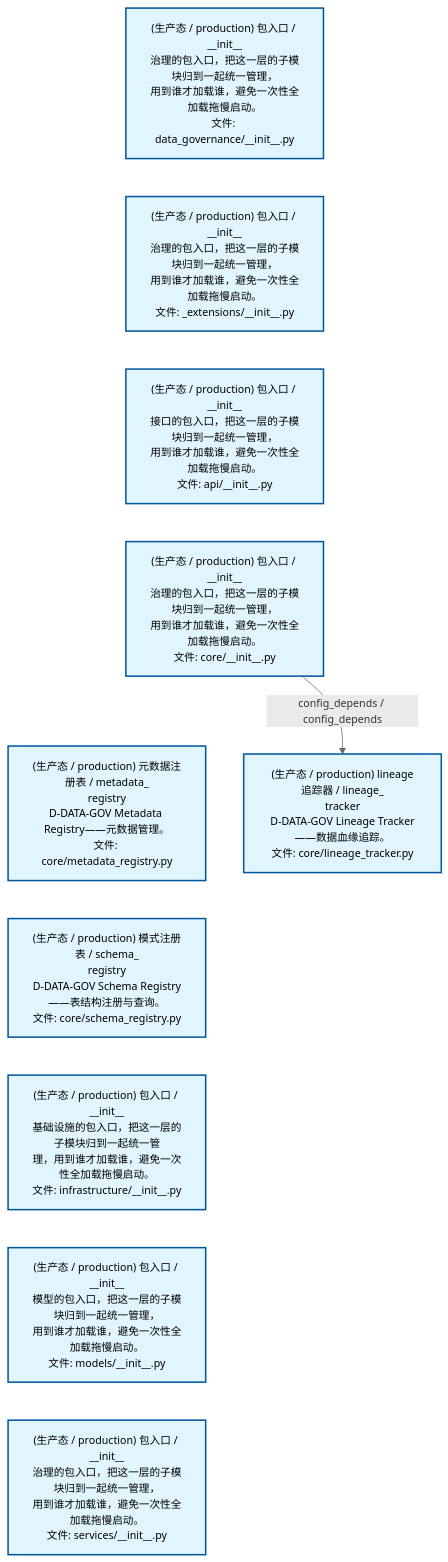
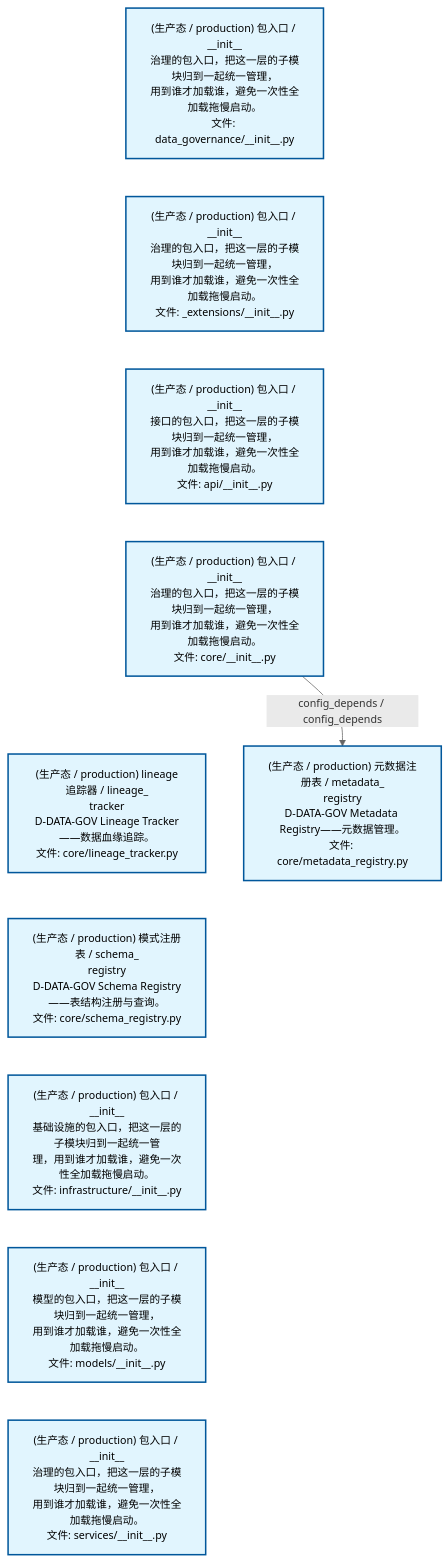
The second of 2 diagrams in docs/02_enterprise_architecture/02_domain_architecture_docs/13_d_data_gov.md (xuanFelixVan/ZephyrAlpha), drawn with Mermaid before and after one commit. The commit also changed other lines of this file and 43 other files, not shown here.

````diff
--- a/docs/02_enterprise_architecture/02_domain_architecture_docs/13_d_data_gov.md
+++ b/docs/02_enterprise_architecture/02_domain_architecture_docs/13_d_data_gov.md
@@ -86,28 +86,28 @@
 ```mermaid
 %%{init: {'theme': 'base', 'themeVariables': {'primaryColor': '#eaeaea', 'primaryTextColor': '#333333', 'primaryBorderColor': '#666666', 'lineColor': '#666666', 'secondaryColor': '#eaeaea', 'tertiaryColor': '#eaeaea', 'fontSize': '14px'}}}%%
 flowchart TD
     src_zephyr_data_governance_init_py["(生产态 / production) 包入口 / __init__<br/>治理的包入口，把这一层的子模块归到一起统一管理，<br/>用到谁才加载谁，避免一次性全加载拖慢启动。<br/>文件: data_governance/__init__.py"]
     src_zephyr_data_governance_extensions_init_py["(生产态 / production) 包入口 / __init__<br/>治理的包入口，把这一层的子模块归到一起统一管理，<br/>用到谁才加载谁，避免一次性全加载拖慢启动。<br/>文件: _extensions/__init__.py"]
     src_zephyr_data_governance_api_init_py["(生产态 / production) 包入口 / __init__<br/>接口的包入口，把这一层的子模块归到一起统一管理，<br/>用到谁才加载谁，避免一次性全加载拖慢启动。<br/>文件: api/__init__.py"]
     src_zephyr_data_governance_core_init_py["(生产态 / production) 包入口 / __init__<br/>治理的包入口，把这一层的子模块归到一起统一管理，<br/>用到谁才加载谁，避免一次性全加载拖慢启动。<br/>文件: core/__init__.py"]
-    src_zephyr_data_governance_core_metadata_registry_py["(生产态 / production) 元数据注册表 / metadata_<br/>registry<br/>D-DATA-GOV Metadata Registry——元数据管理。<br/>文件: core/metadata_registry.py"]
+    src_zephyr_data_governance_core_lineage_tracker_py["(生产态 / production) lineage追踪器 / lineage_<br/>tracker<br/>D-DATA-GOV Lineage Tracker——数据血缘追踪。<br/>文件: core/lineage_tracker.py"]
     src_zephyr_data_governance_core_schema_registry_py["(生产态 / production) 模式注册表 / schema_<br/>registry<br/>D-DATA-GOV Schema Registry——表结构注册与查询。<br/>文件: core/schema_registry.py"]
     src_zephyr_data_governance_infrastructure_init_py["(生产态 / production) 包入口 / __init__<br/>基础设施的包入口，把这一层的子模块归到一起统一管<br/>理，用到谁才加载谁，避免一次性全加载拖慢启动。<br/>文件: infrastructure/__init__.py"]
     src_zephyr_data_governance_models_init_py["(生产态 / production) 包入口 / __init__<br/>模型的包入口，把这一层的子模块归到一起统一管理，<br/>用到谁才加载谁，避免一次性全加载拖慢启动。<br/>文件: models/__init__.py"]
     src_zephyr_data_governance_services_init_py["(生产态 / production) 包入口 / __init__<br/>治理的包入口，把这一层的子模块归到一起统一管理，<br/>用到谁才加载谁，避免一次性全加载拖慢启动。<br/>文件: services/__init__.py"]
     src_zephyr_data_governance_init_py ~~~ src_zephyr_data_governance_extensions_init_py
     src_zephyr_data_governance_extensions_init_py ~~~ src_zephyr_data_governance_api_init_py
     src_zephyr_data_governance_api_init_py ~~~ src_zephyr_data_governance_core_init_py
-    src_zephyr_data_governance_core_init_py ~~~ src_zephyr_data_governance_core_metadata_registry_py
-    src_zephyr_data_governance_core_metadata_registry_py ~~~ src_zephyr_data_governance_core_schema_registry_py
+    src_zephyr_data_governance_core_init_py ~~~ src_zephyr_data_governance_core_lineage_tracker_py
+    src_zephyr_data_governance_core_lineage_tracker_py ~~~ src_zephyr_data_governance_core_schema_registry_py
     src_zephyr_data_governance_core_schema_registry_py ~~~ src_zephyr_data_governance_infrastructure_init_py
     src_zephyr_data_governance_infrastructure_init_py ~~~ src_zephyr_data_governance_models_init_py
     src_zephyr_data_governance_models_init_py ~~~ src_zephyr_data_governance_services_init_py
-    src_zephyr_data_governance_core_lineage_tracker_py["(生产态 / production) lineage追踪器 / lineage_<br/>tracker<br/>D-DATA-GOV Lineage Tracker——数据血缘追踪。<br/>文件: core/lineage_tracker.py"]
-    src_zephyr_data_governance_core_init_py -->|config_depends / config_depends| src_zephyr_data_governance_core_lineage_tracker_py
+    src_zephyr_data_governance_core_metadata_registry_py["(生产态 / production) 元数据注册表 / metadata_<br/>registry<br/>D-DATA-GOV Metadata Registry——元数据管理。<br/>文件: core/metadata_registry.py"]
+    src_zephyr_data_governance_core_init_py -->|config_depends / config_depends| src_zephyr_data_governance_core_metadata_registry_py
     classDef production fill:#e1f5fe,stroke:#01579b,stroke-width:2px,color:#000
     classDef design fill:#fff3e0,stroke:#e65100,stroke-width:2px,color:#000,stroke-dasharray: 5 5
     classDef external_prod fill:#e8f4fd,stroke:#0277bd,stroke-width:1px,color:#000
     classDef external_design fill:#fff8e7,stroke:#ef6c00,stroke-width:1px,color:#000,stroke-dasharray: 5 5
     class src_zephyr_data_governance_init_py,src_zephyr_data_governance_extensions_init_py,src_zephyr_data_governance_api_init_py,src_zephyr_data_governance_core_init_py,src_zephyr_data_governance_core_lineage_tracker_py,src_zephyr_data_governance_core_metadata_registry_py,src_zephyr_data_governance_core_schema_registry_py,src_zephyr_data_governance_infrastructure_init_py,src_zephyr_data_governance_models_init_py,src_zephyr_data_governance_services_init_py production
 ```
````
